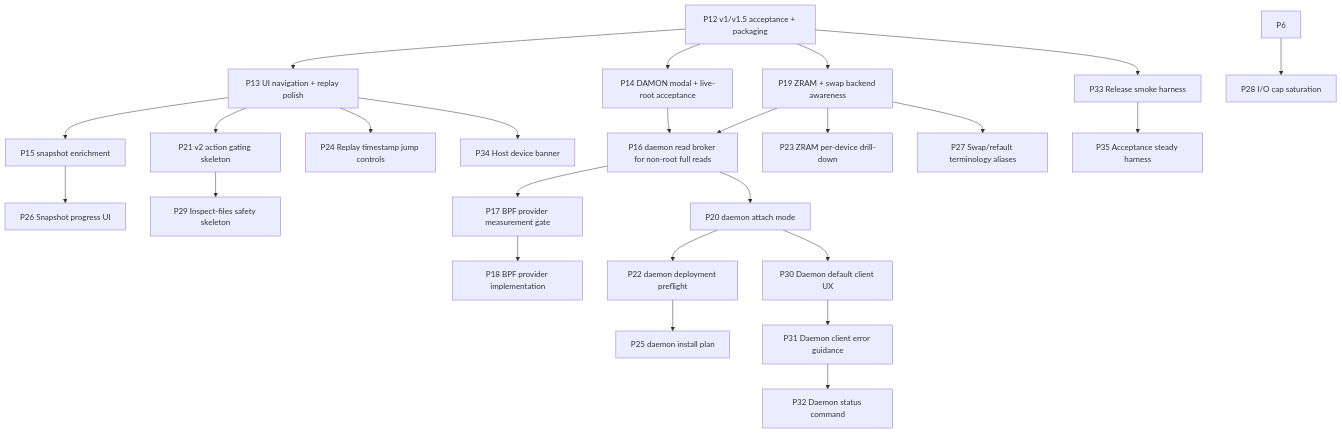
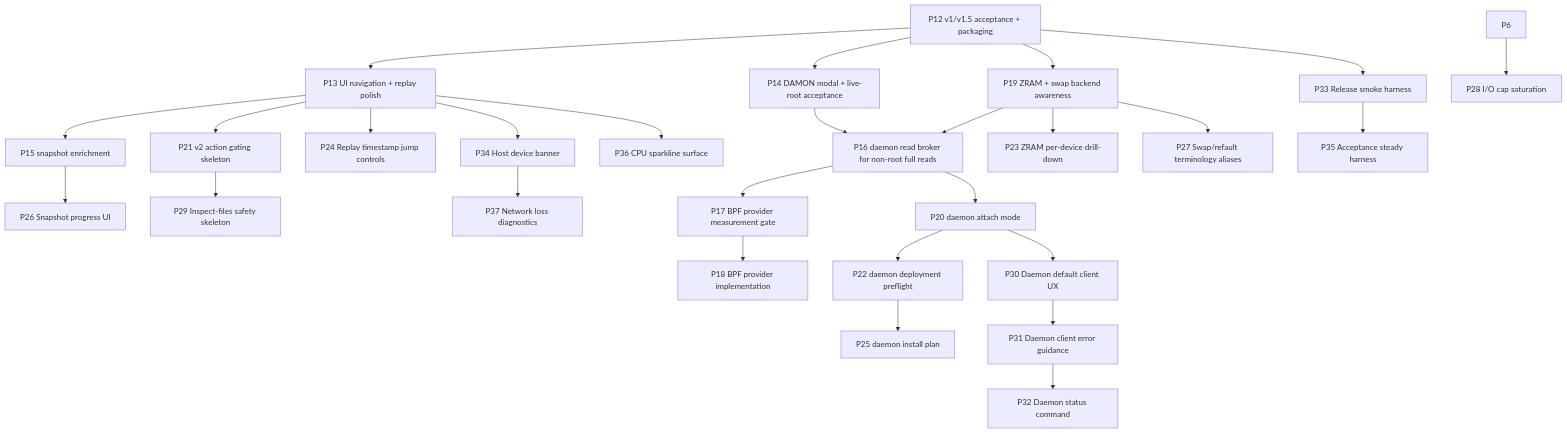
The diagram in groop/docs/ROADMAP.md (volkb79-2/vbpub), drawn with Mermaid before and after one commit. The commit also changed other lines of this file and 3 other files, not shown here.

Commit message:
docs(groop): carve P36 P37 roadmap slices

````diff
--- a/groop/docs/ROADMAP.md
+++ b/groop/docs/ROADMAP.md
@@ -27,27 +27,29 @@
 ```mermaid
 flowchart TD
     P12[P12 v1/v1.5 acceptance + packaging] --> P13[P13 UI navigation + replay polish]
     P12 --> P14[P14 DAMON modal + live-root acceptance]
     P13 --> P15[P15 snapshot enrichment]
     P12 --> P19[P19 ZRAM + swap backend awareness]
     P19 --> P16[P16 daemon read broker for non-root full reads]
     P14 --> P16
     P16 --> P17[P17 BPF provider measurement gate]
     P17 --> P18[P18 BPF provider implementation]
     P16 --> P20[P20 daemon attach mode]
     P20 --> P22[P22 daemon deployment preflight]
     P22 --> P25[P25 daemon install plan]
     P13 --> P21[P21 v2 action gating skeleton]
     P19 --> P23[P23 ZRAM per-device drill-down]
     P13 --> P24[P24 Replay timestamp jump controls]
     P15 --> P26[P26 Snapshot progress UI]
     P19 --> P27[P27 Swap/refault terminology aliases]
     P6 --> P28[P28 I/O cap saturation]
     P21 --> P29[P29 Inspect-files safety skeleton]
     P20 --> P30[P30 Daemon default client UX]
     P30 --> P31[P31 Daemon client error guidance]
     P31 --> P32[P32 Daemon status command]
     P12 --> P33[P33 Release smoke harness]
     P33 --> P35[P35 Acceptance steady harness]
     P13 --> P34[P34 Host device banner]
+    P13 --> P36[P36 CPU sparkline surface]
+    P34 --> P37[P37 Network loss diagnostics]
 ```
````
